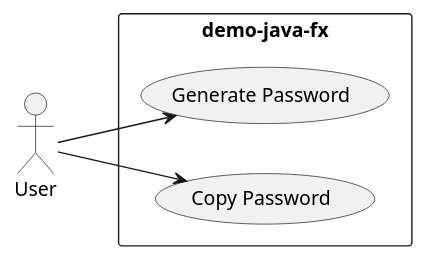
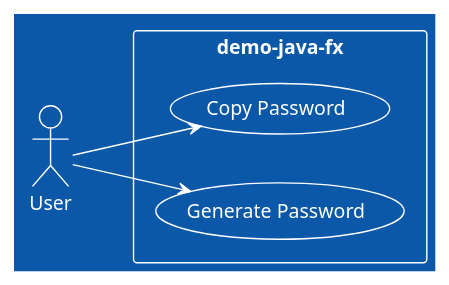
The diagram in diagrams/UseCase.puml (djvelimir/demo-java-fx), drawn with PlantUML before and after one commit. The commit also changed 1 other file, not shown here.

```diff
--- a/diagrams/UseCase.puml
+++ b/diagrams/UseCase.puml
@@ -1,13 +1,14 @@
 @startuml
+!theme amiga
 left to right direction
 
 actor "User" as user
 
 rectangle demo-java-fx {
+  usecase "Copy Password" as copyPassword
   usecase "Generate Password" as generatePassword
-  usecase "Copy Password" as copyPassword
 }
 
 user --> generatePassword
 user --> copyPassword
 @enduml
```
